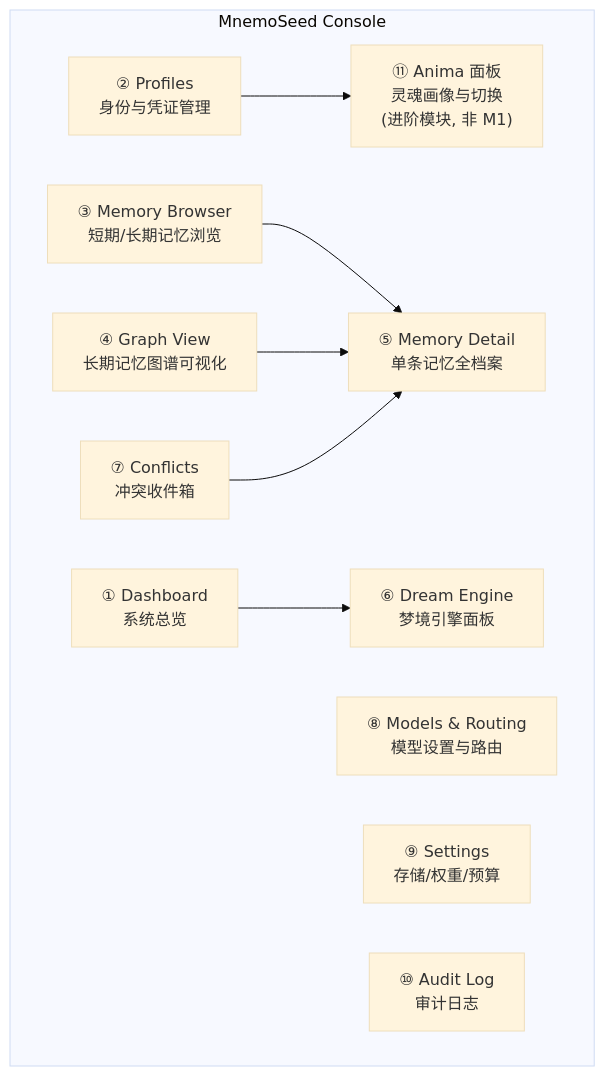
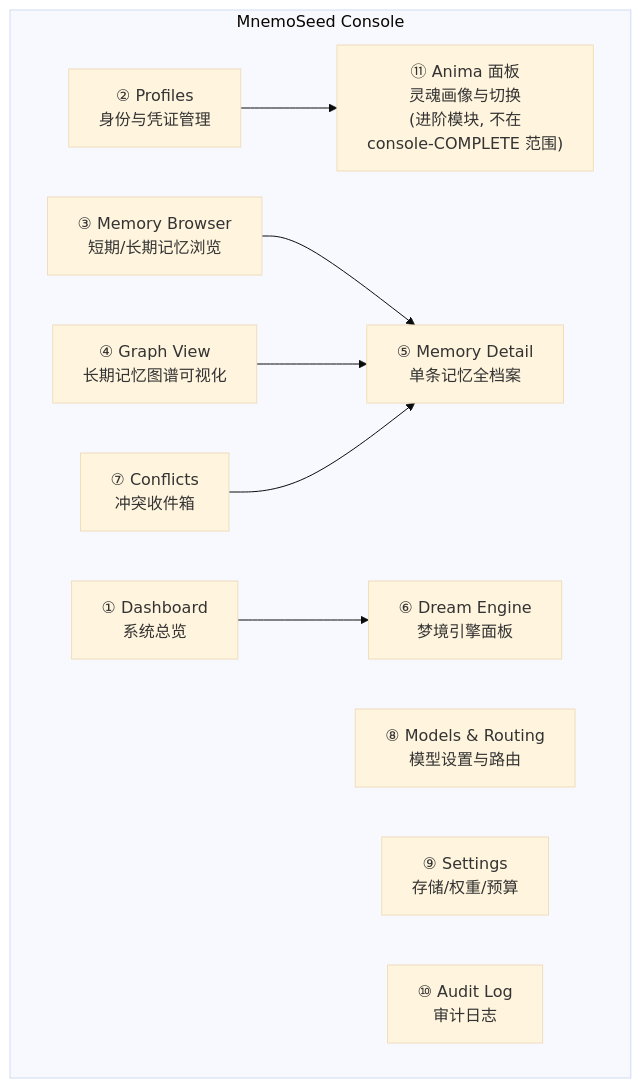
The first of 2 diagrams in docs/zh/design/07-管理控制台.md (MnemoSeed/mnemoseed), drawn with Mermaid (base theme) before and after one commit. The commit also changed other lines of this file and 16 other files, not shown here.

First line of the commit message:
docs: make console-complete + CLI parity + onboard the pre-marketing demo gate

````diff
--- a/docs/zh/design/07-管理控制台.md
+++ b/docs/zh/design/07-管理控制台.md
@@ -17,21 +17,21 @@
 ```mermaid
 flowchart TB
     subgraph Console["MnemoSeed Console"]
         DASH["① Dashboard<br/>系统总览"]
         PROF["② Profiles<br/>身份与凭证管理"]
         MEM["③ Memory Browser<br/>短期/长期记忆浏览"]
         GRAPH["④ Graph View<br/>长期记忆图谱可视化"]
         DET["⑤ Memory Detail<br/>单条记忆全档案"]
         DREAM["⑥ Dream Engine<br/>梦境引擎面板"]
         CONF["⑦ Conflicts<br/>冲突收件箱"]
         MODEL["⑧ Models & Routing<br/>模型设置与路由"]
         SET["⑨ Settings<br/>存储/权重/预算"]
         AUDIT["⑩ Audit Log<br/>审计日志"]
-        ANIMA["⑪ Anima 面板<br/>灵魂画像与切换<br/>(进阶模块, 非 M1)"]
+        ANIMA["⑪ Anima 面板<br/>灵魂画像与切换<br/>(进阶模块, 不在<br/>console-COMPLETE 范围)"]
     end
     PROF --> ANIMA
     MEM --> DET
     GRAPH --> DET
     CONF --> DET
     DASH --> DREAM
 ```
````
